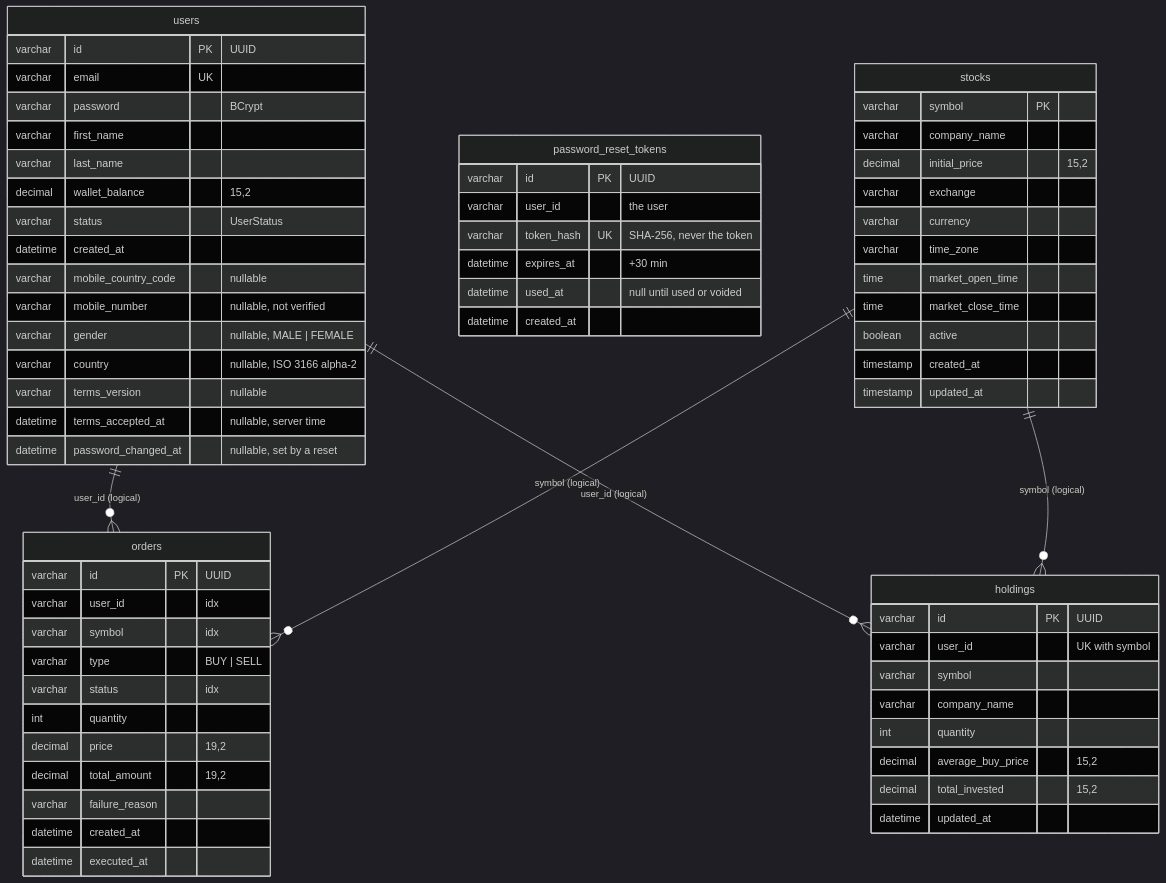
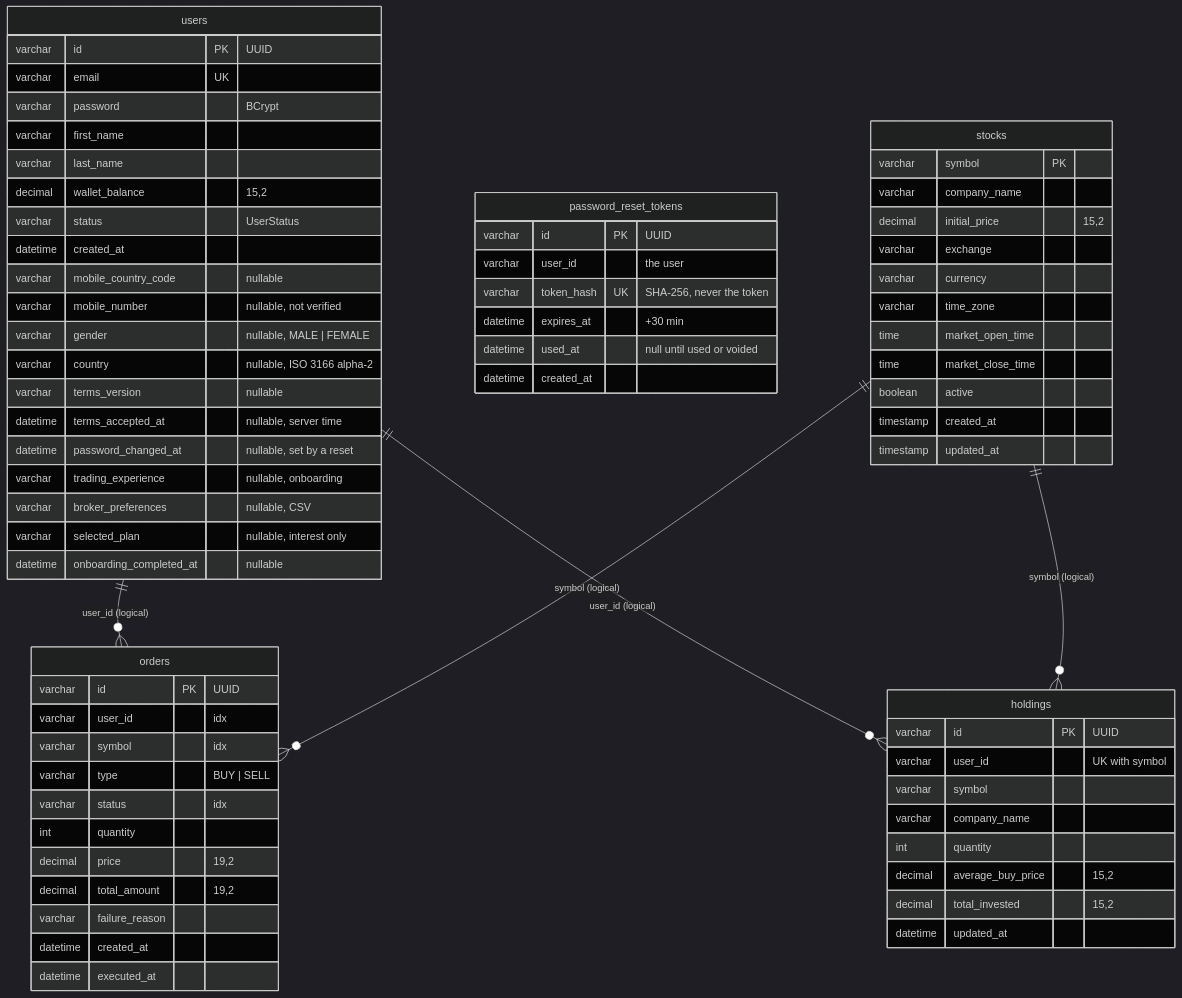
One commit to reddyshankarprogrammer/stock-market-system changed the sixth of 6 diagrams in docs/technical-documentation.md. Above: the diagram before and after it, drawn with Mermaid (dark theme). The commit also changed 16 other files, not shown here.

````diff
--- a/docs/technical-documentation.md
+++ b/docs/technical-documentation.md
@@ -361,68 +361,72 @@
 ```mermaid
 erDiagram
     users {
         varchar id PK "UUID"
         varchar email UK
         varchar password "BCrypt"
         varchar first_name
         varchar last_name
         decimal wallet_balance "15,2"
         varchar status "UserStatus"
         datetime created_at
         varchar mobile_country_code "nullable"
         varchar mobile_number "nullable, not verified"
         varchar gender "nullable, MALE | FEMALE"
         varchar country "nullable, ISO 3166 alpha-2"
         varchar terms_version "nullable"
         datetime terms_accepted_at "nullable, server time"
         datetime password_changed_at "nullable, set by a reset"
+        varchar trading_experience "nullable, onboarding"
+        varchar broker_preferences "nullable, CSV"
+        varchar selected_plan "nullable, interest only"
+        datetime onboarding_completed_at "nullable"
     }
     password_reset_tokens {
         varchar id PK "UUID"
         varchar user_id "the user"
         varchar token_hash UK "SHA-256, never the token"
         datetime expires_at "+30 min"
         datetime used_at "null until used or voided"
         datetime created_at
     }
     orders {
         varchar id PK "UUID"
         varchar user_id "idx"
         varchar symbol "idx"
         varchar type "BUY | SELL"
         varchar status "idx"
         int quantity
         decimal price "19,2"
         decimal total_amount "19,2"
         varchar failure_reason
         datetime created_at
         datetime executed_at
     }
     holdings {
         varchar id PK "UUID"
         varchar user_id "UK with symbol"
         varchar symbol
         varchar company_name
         int quantity
         decimal average_buy_price "15,2"
         decimal total_invested "15,2"
         datetime updated_at
     }
     stocks {
         varchar symbol PK
         varchar company_name
         decimal initial_price "15,2"
         varchar exchange
         varchar currency
         varchar time_zone
         time market_open_time
         time market_close_time
         boolean active
         timestamp created_at
         timestamp updated_at
     }
     users ||--o{ orders : "user_id (logical)"
     users ||--o{ holdings : "user_id (logical)"
     stocks ||--o{ orders : "symbol (logical)"
     stocks ||--o{ holdings : "symbol (logical)"
 ```
````
